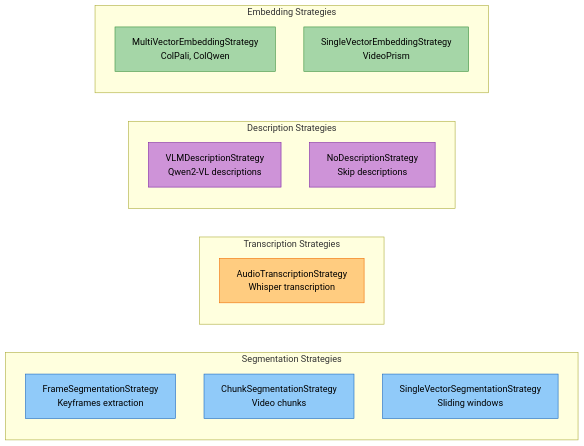
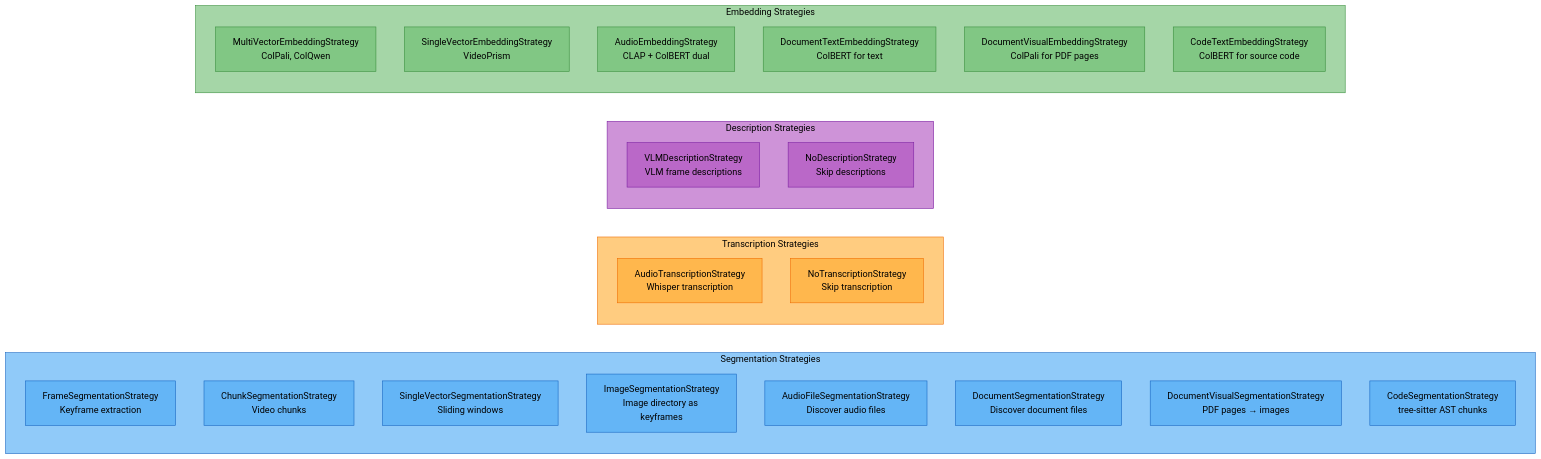
Before and after one commit to amit-jain/cogniverse: the third of 6 diagrams in docs/modules/ingestion.md, drawn with Mermaid. The commit also changed other lines of this file and 50 other files, not shown here.

First line of the commit message:
Complete and verify docs against code with mermaid palette

````diff
--- a/docs/modules/ingestion.md
+++ b/docs/modules/ingestion.md
@@ -323,31 +328,55 @@
 ```mermaid
 flowchart LR
-    subgraph Segmentation Strategies
-        Frame["<span style='color:#000'>FrameSegmentationStrategy<br/>Keyframes extraction</span>"]
+    subgraph Segmentation["<span style='color:#000'>Segmentation Strategies</span>"]
+        Frame["<span style='color:#000'>FrameSegmentationStrategy<br/>Keyframe extraction</span>"]
         Chunk["<span style='color:#000'>ChunkSegmentationStrategy<br/>Video chunks</span>"]
         Single["<span style='color:#000'>SingleVectorSegmentationStrategy<br/>Sliding windows</span>"]
+        Image["<span style='color:#000'>ImageSegmentationStrategy<br/>Image directory as keyframes</span>"]
+        AudioFile["<span style='color:#000'>AudioFileSegmentationStrategy<br/>Discover audio files</span>"]
+        Doc["<span style='color:#000'>DocumentSegmentationStrategy<br/>Discover document files</span>"]
+        DocVis["<span style='color:#000'>DocumentVisualSegmentationStrategy<br/>PDF pages → images</span>"]
+        Code["<span style='color:#000'>CodeSegmentationStrategy<br/>tree-sitter AST chunks</span>"]
     end
 
-    subgraph Transcription Strategies
+    subgraph Transcription["<span style='color:#000'>Transcription Strategies</span>"]
         Audio["<span style='color:#000'>AudioTranscriptionStrategy<br/>Whisper transcription</span>"]
+        NoTrans["<span style='color:#000'>NoTranscriptionStrategy<br/>Skip transcription</span>"]
     end
 
-    subgraph Description Strategies
-        VLM["<span style='color:#000'>VLMDescriptionStrategy<br/>Qwen2-VL descriptions</span>"]
+    subgraph Description["<span style='color:#000'>Description Strategies</span>"]
+        VLM["<span style='color:#000'>VLMDescriptionStrategy<br/>VLM frame descriptions</span>"]
         NoDesc["<span style='color:#000'>NoDescriptionStrategy<br/>Skip descriptions</span>"]
     end
 
-    subgraph Embedding Strategies
+    subgraph Embedding["<span style='color:#000'>Embedding Strategies</span>"]
         MultiVec["<span style='color:#000'>MultiVectorEmbeddingStrategy<br/>ColPali, ColQwen</span>"]
         SingleVec["<span style='color:#000'>SingleVectorEmbeddingStrategy<br/>VideoPrism</span>"]
+        AudioEmb["<span style='color:#000'>AudioEmbeddingStrategy<br/>CLAP + ColBERT dual</span>"]
+        DocText["<span style='color:#000'>DocumentTextEmbeddingStrategy<br/>ColBERT for text</span>"]
+        DocVisEmb["<span style='color:#000'>DocumentVisualEmbeddingStrategy<br/>ColPali for PDF pages</span>"]
+        CodeText["<span style='color:#000'>CodeTextEmbeddingStrategy<br/>ColBERT for source code</span>"]
     end
 
-    style Frame fill:#90caf9,stroke:#1565c0,color:#000
-    style Chunk fill:#90caf9,stroke:#1565c0,color:#000
-    style Single fill:#90caf9,stroke:#1565c0,color:#000
-    style Audio fill:#ffcc80,stroke:#ef6c00,color:#000
-    style VLM fill:#ce93d8,stroke:#7b1fa2,color:#000
-    style NoDesc fill:#ce93d8,stroke:#7b1fa2,color:#000
-    style MultiVec fill:#a5d6a7,stroke:#388e3c,color:#000
-    style SingleVec fill:#a5d6a7,stroke:#388e3c,color:#000
+    style Segmentation fill:#90caf9,stroke:#1565c0,color:#000
+    style Frame fill:#64b5f6,stroke:#1565c0,color:#000
+    style Chunk fill:#64b5f6,stroke:#1565c0,color:#000
+    style Single fill:#64b5f6,stroke:#1565c0,color:#000
+    style Image fill:#64b5f6,stroke:#1565c0,color:#000
+    style AudioFile fill:#64b5f6,stroke:#1565c0,color:#000
+    style Doc fill:#64b5f6,stroke:#1565c0,color:#000
+    style DocVis fill:#64b5f6,stroke:#1565c0,color:#000
+    style Code fill:#64b5f6,stroke:#1565c0,color:#000
+    style Transcription fill:#ffcc80,stroke:#ef6c00,color:#000
+    style Audio fill:#ffb74d,stroke:#ef6c00,color:#000
+    style NoTrans fill:#ffb74d,stroke:#ef6c00,color:#000
+    style Description fill:#ce93d8,stroke:#7b1fa2,color:#000
+    style VLM fill:#ba68c8,stroke:#7b1fa2,color:#000
+    style NoDesc fill:#ba68c8,stroke:#7b1fa2,color:#000
+    style Embedding fill:#a5d6a7,stroke:#388e3c,color:#000
+    style MultiVec fill:#81c784,stroke:#388e3c,color:#000
+    style SingleVec fill:#81c784,stroke:#388e3c,color:#000
+    style AudioEmb fill:#81c784,stroke:#388e3c,color:#000
+    style DocText fill:#81c784,stroke:#388e3c,color:#000
+    style DocVisEmb fill:#81c784,stroke:#388e3c,color:#000
+    style CodeText fill:#81c784,stroke:#388e3c,color:#000
 ```
````
